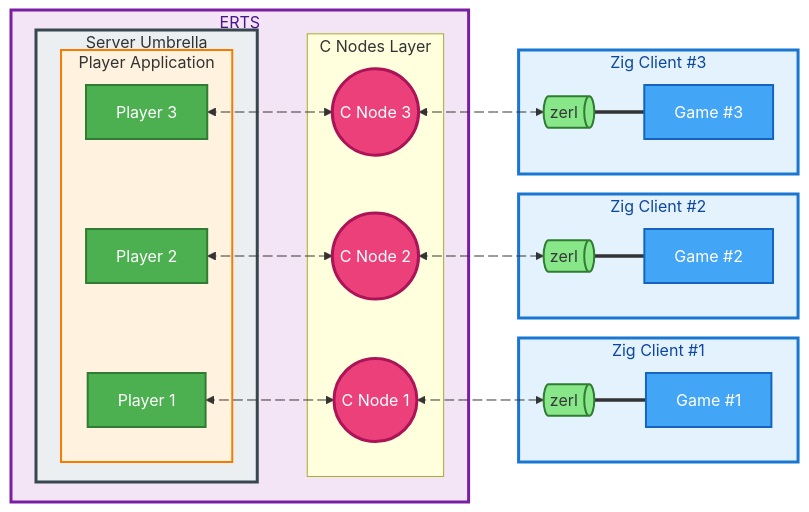
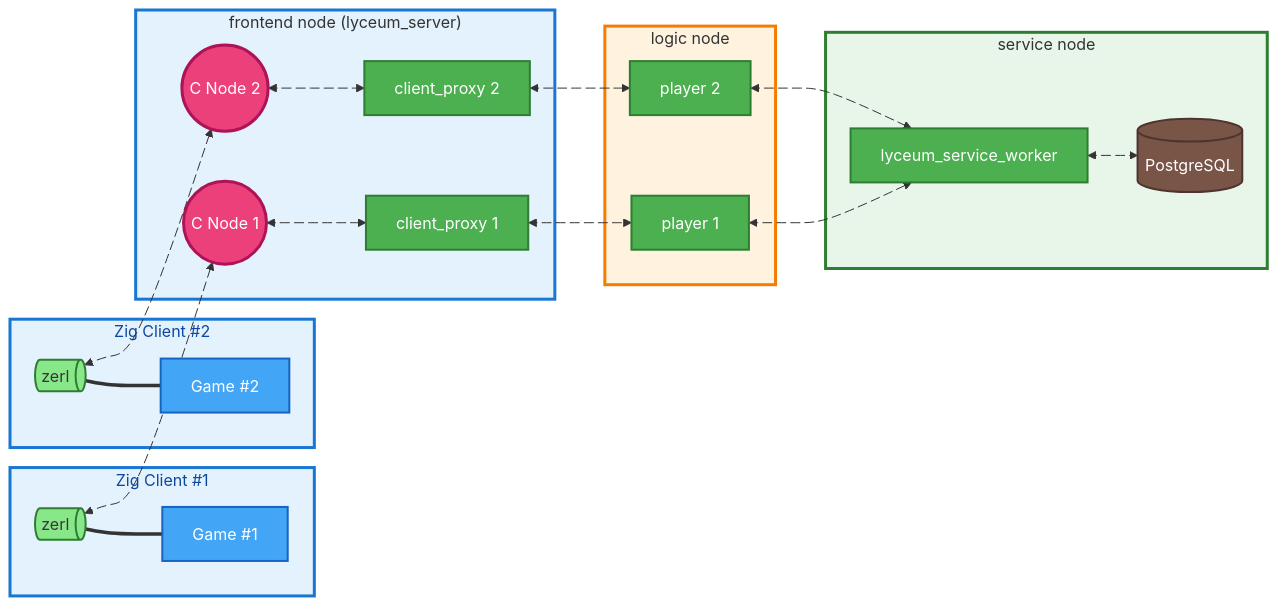
The second of 2 diagrams in server/README.md (Dr-Nekoma/lyceum), drawn with Mermaid before and after one commit. The commit also changed other lines of this file and 85 other files, not shown here.

Commit message:
refactor: break the server into a multi-node Erlang/OTP application, which is still a single release (#178)

````diff
--- a/server/README.md
+++ b/server/README.md
@@ -131,86 +101,70 @@
     subgraph Client1[Zig Client #1]
         Game1[Game #1]
         Zerl1@{ shape: das, label: "zerl" }
-
         Zerl1 === Game1
     end
 
     subgraph Client2[Zig Client #2]
         Game2[Game #2]
         Zerl2@{ shape: das, label: "zerl" }
-
         Zerl2 === Game2
     end
 
-    subgraph Client3[Zig Client #3]
-        Game3[Game #3]
-        Zerl3@{ shape: das, label: "zerl" }
+    subgraph FrontendNode["frontend node (lyceum_server)"]
+        CN1((C Node 1))
+        CN2((C Node 2))
+        CP1[client_proxy 1]
+        CP2[client_proxy 2]
 
-        Zerl3 === Game3
-    end
-    
-    subgraph BEAM[ERTS]
-        subgraph Server["Server Umbrella"]
-            subgraph Player[Player Application]
-                P1[Player 1]
-                P2[Player 2]
-                P3[Player 3]
-            end
-        end
-
-        subgraph CNodes["C Nodes Layer"]
-            CN1((C Node 1))
-            CN2((C Node 2))
-            CN3((C Node 3))
-        end
-        
-        P1 p1_pt1@<--> CN1
-        P2 p2_pt2@<--> CN2
-        P3 p3_pt3@<--> CN3
-
-        p1_pt1@{animation: "fast"}
-        p2_pt2@{animation: "fast"}
-        p3_pt3@{animation: "fast"}
+        CN1 cn1_cp1@<--> CP1
+        CN2 cn2_cp2@<--> CP2
+        cn1_cp1@{animation: "fast"}
+        cn2_cp2@{animation: "fast"}
     end
 
-    CN1 pt1_z@<--> Zerl1
-    CN2 pt2_z@<--> Zerl2
-    CN3 pt3_z@<--> Zerl3
+    subgraph LogicNode["logic node"]
+        P1[player 1]
+        P2[player 2]
+    end
 
-    pt1_z@{animation: "fast"}
-    pt2_z@{animation: "fast"}
-    pt3_z@{animation: "fast"}
-    
-    %% Styling
+    subgraph ServiceNode["service node"]
+        LSW[lyceum_service_worker]
+        DB[(PostgreSQL)]
+        LSW lsw_db@<--> DB
+        lsw_db@{animation: "fast"}
+    end
 
-    class Player playerBg
-    class Server serverBg
+    Zerl1 z1_cn1@<--> CN1
+    Zerl2 z2_cn2@<--> CN2
+    CP1 cp1_p1@<--> P1
+    CP2 cp2_p2@<--> P2
+    P1 p1_lsw@<--> LSW
+    P2 p2_lsw@<--> LSW
 
-    class P1,P2,P3 process
-    class CN1,CN2,CN3 cnode
+    z1_cn1@{animation: "fast"}
+    z2_cn2@{animation: "fast"}
+    cp1_p1@{animation: "fast"}
+    cp2_p2@{animation: "fast"}
+    p1_lsw@{animation: "fast"}
+    p2_lsw@{animation: "fast"}
 
-    %% Enhanced Styling
     classDef clientBg fill:#e3f2fd,stroke:#1976d2,stroke-width:3px,color:#0d47a1
-    classDef beamBg fill:#f3e5f5,stroke:#7b1fa2,stroke-width:3px,color:#4a148c
-    classDef CNodeBg fill:#fce4ec,stroke:#c2185b,stroke-width:2px,color:#880e4f
-    classDef playerBg fill:#FFF3E0,stroke:#F57C00,stroke-width:2px
-    classDef serverBg fill:#ECEFF1,stroke:#37474F,stroke-width:3px
-
+    classDef frontendBg fill:#E3F2FD,stroke:#1976D2,stroke-width:3px
+    classDef logicBg fill:#FFF3E0,stroke:#F57C00,stroke-width:3px
+    classDef serviceBg fill:#E8F5E9,stroke:#2E7D32,stroke-width:3px
     classDef gameNode fill:#42a5f5,stroke:#1565c0,stroke-width:2px,color:#ffffff
     classDef zerlNode fill:#88E788,stroke:#2e7d32,stroke-width:2px,color:#353839
-    classDef playerNode fill:#ff9800,stroke:#ef6c00,stroke-width:2px,color:#ffffff
     classDef process fill:#4CAF50,color:#ffffff,stroke:#2E7D32,stroke-width:2px
     classDef cNode fill:#ec407a,stroke:#ad1457,stroke-width:3px,color:#ffffff
-    
-    %% Apply classes to subgraphs and nodes
-    class Client1,Client2,Client3 clientBg
-    class BEAM beamBg
-    class Server serverBg
-    class Player playerBg
-    class CNode CNodeBg
-    
-    class Game1,Game2,Game3 gameNode
-    class Zerl1,Zerl2,Zerl3 zerlNode
-    class P1,P2,P3 process
-    class CN1,CN2,CN3 cNode
+    classDef database fill:#795548,color:#ffffff,stroke:#4E342E,stroke-width:2px
+
+    class Client1,Client2 clientBg
+    class FrontendNode frontendBg
+    class LogicNode logicBg
+    class ServiceNode serviceBg
+    class Game1,Game2 gameNode
+    class Zerl1,Zerl2 zerlNode
+    class CP1,CP2,P1,P2,LSW process
+    class CN1,CN2 cNode
+    class DB database
 ```
````
